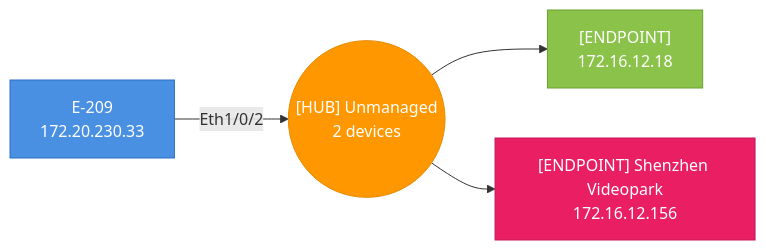
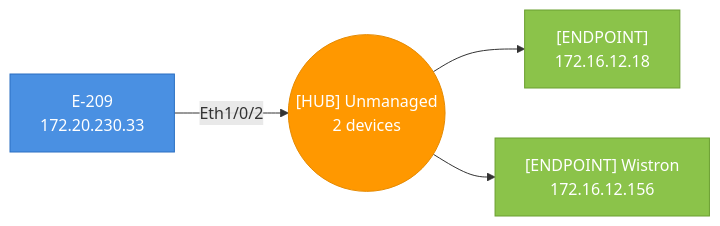
Diagram 22 of 38 in testdata/golden/audit_default.md (djamic/LLDP-Skanner-Go), drawn with Mermaid before and after one commit. The commit also changed other lines of this file and 11 other files, not shown here.

````diff
--- a/testdata/golden/audit_default.md
+++ b/testdata/golden/audit_default.md
@@ -1846,14 +1786,14 @@
 ```mermaid
 graph LR
   hub_f8f0827c2cc7_p2(("[HUB] Unmanaged<br>2 devices"))
   f8f0827c2cc7["E-209<br>172.20.230.33"]
   f8f0827c2cc7-- "Eth1/0/2" -->hub_f8f0827c2cc7_p2
   style f8f0827c2cc7 fill:#4A90E2,stroke:#2A6FC2,color:#fff
   909a4a24f1dd["[ENDPOINT]<br>172.16.12.18"]
   hub_f8f0827c2cc7_p2-->909a4a24f1dd
   style 909a4a24f1dd fill:#8BC34A,stroke:#6B9F30,color:#fff
-  98eecbe08980["[ENDPOINT] Shenzhen Videopark<br>172.16.12.156"]
+  98eecbe08980["[ENDPOINT] Wistron<br>172.16.12.156"]
   hub_f8f0827c2cc7_p2-->98eecbe08980
-  style 98eecbe08980 fill:#E91E63,stroke:#C2185B,color:#fff
+  style 98eecbe08980 fill:#8BC34A,stroke:#6B9F30,color:#fff
   style hub_f8f0827c2cc7_p2 fill:#FF9800,stroke:#E68A00,color:#fff
 ```
````
